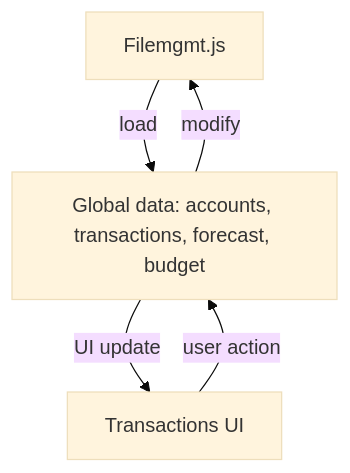
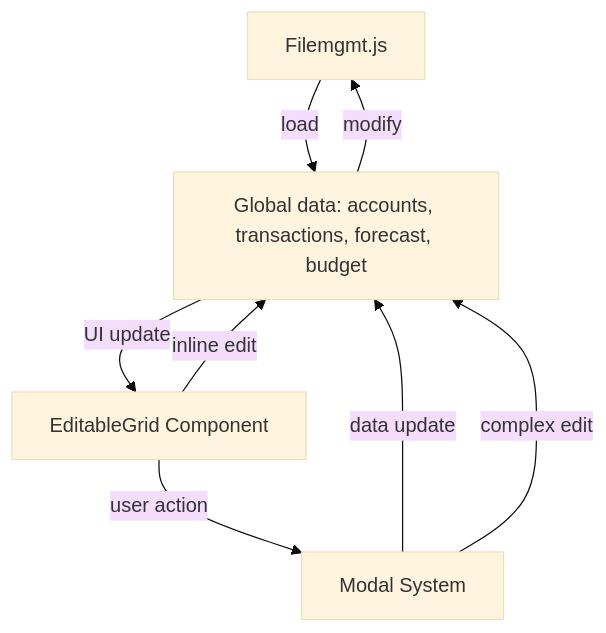
The diagram in Documentation/transactions.md (BicycleJeanre/ftrack), drawn with Mermaid (base theme) before and after one commit. The commit also changed other lines of this file and 3 other files, not shown here.

````diff
--- a/Documentation/transactions.md
+++ b/Documentation/transactions.md
@@ -17,7 +27,10 @@
 ```mermaid
 flowchart TD
   Filemgmt[Filemgmt.js] -->|load| AppData[Global data: accounts, transactions, forecast, budget]
   AppData -->|modify| Filemgmt
-  AppData -->|UI update| TransactionsPage[Transactions UI]
-  TransactionsPage -->|user action| AppData
+  AppData -->|UI update| TransactionsGrid[EditableGrid Component]
+  TransactionsGrid -->|user action| ModalsSystem[Modal System]
+  ModalsSystem -->|data update| AppData
+  TransactionsGrid -->|inline edit| AppData
+  ModalsSystem -->|complex edit| AppData
 ```
````
